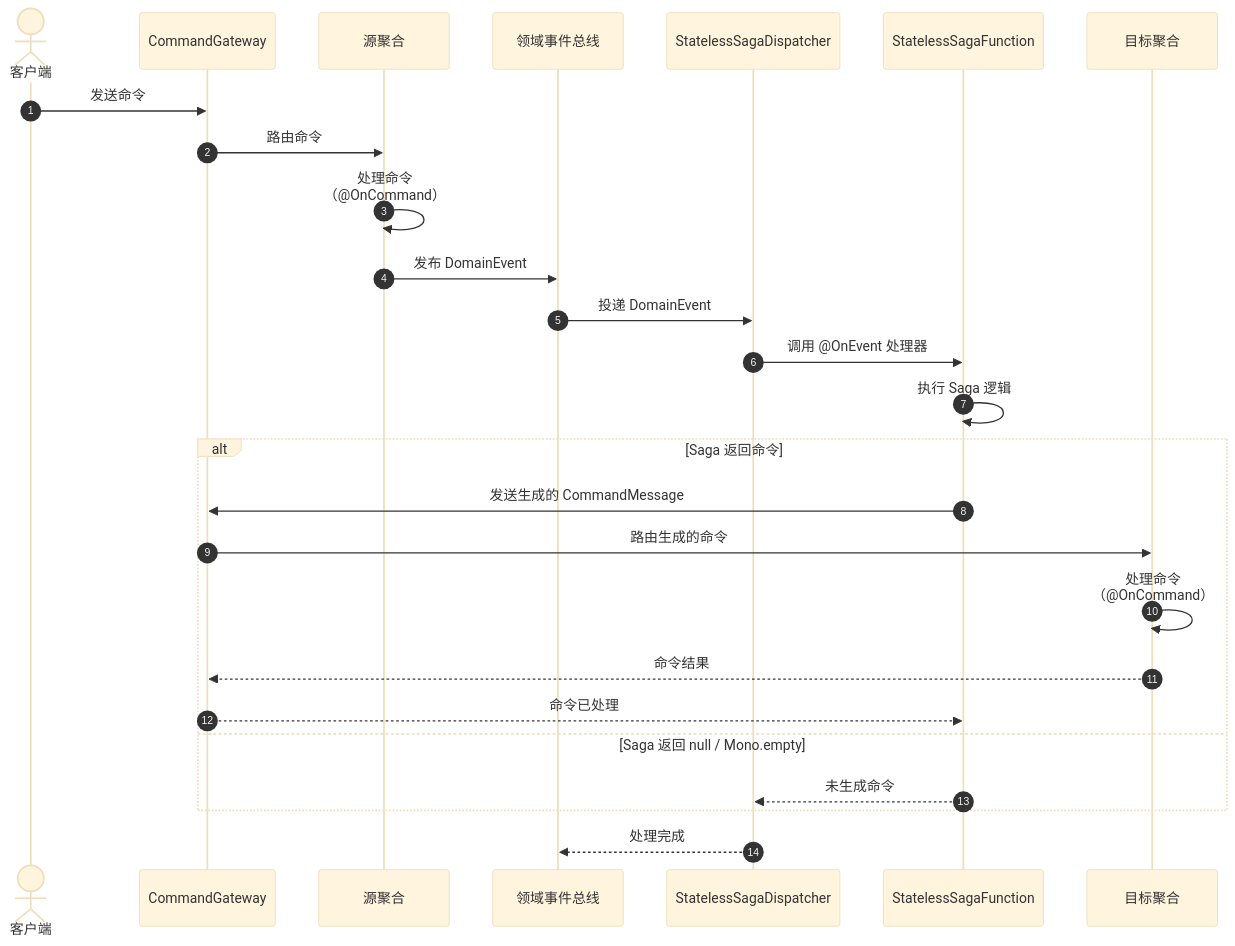
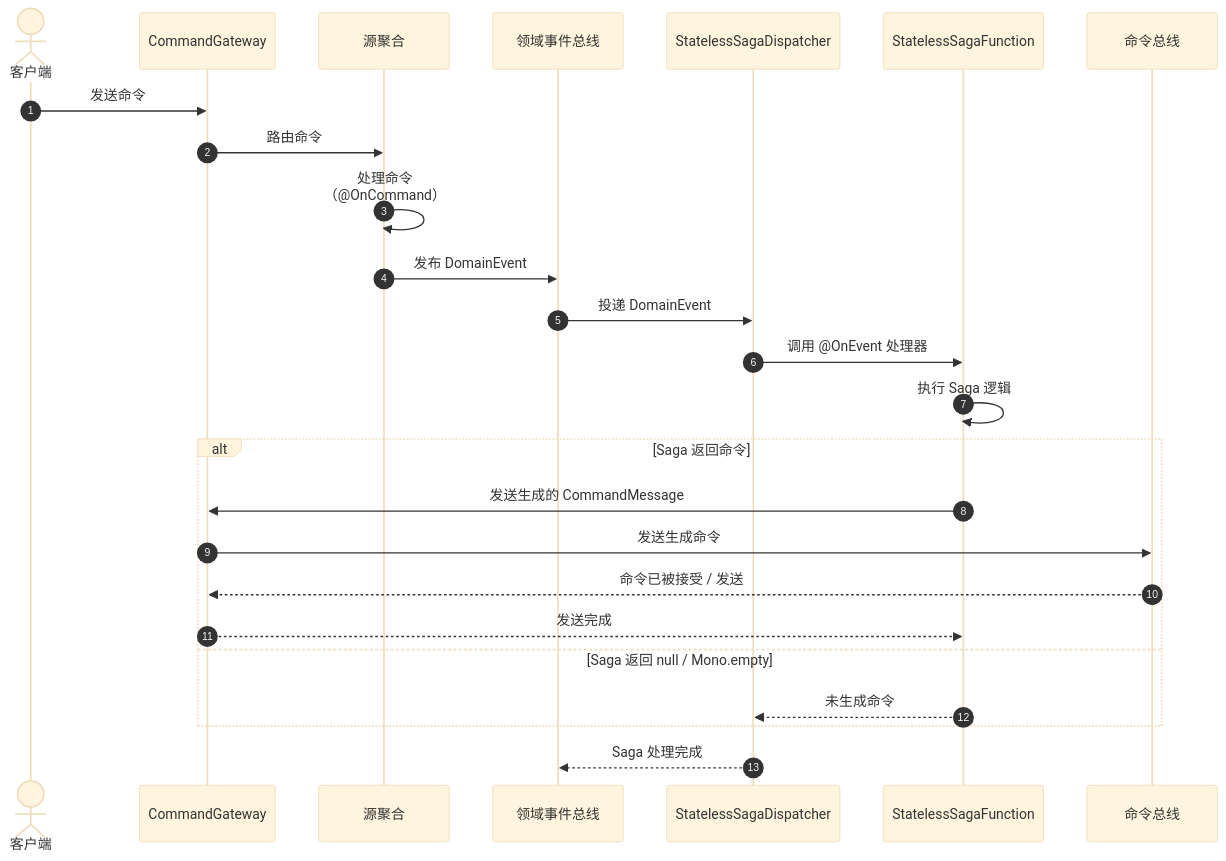
One commit to Ahoo-Wang/Wow changed the second of 4 diagrams in documentation/docs/zh/guide/saga.md. Above: the diagram before and after it, drawn with Mermaid (base theme). The commit also changed other lines of this file and 39 other files, not shown here.

````diff
--- a/documentation/docs/zh/guide/saga.md
+++ b/documentation/docs/zh/guide/saga.md
@@ -72,29 +72,28 @@
 ```mermaid
 sequenceDiagram
     autonumber
     actor Client as 客户端
     participant Gateway as CommandGateway
     participant Aggregate as 源聚合
     participant EventBus as 领域事件总线
     participant Dispatcher as StatelessSagaDispatcher
     participant SagaFn as StatelessSagaFunction
-    participant TargetAgg as 目标聚合
+    participant CommandBus as 命令总线
 
     Client->>Gateway: 发送命令
     Gateway->>Aggregate: 路由命令
     Aggregate->>Aggregate: 处理命令<br>（@OnCommand）
     Aggregate->>EventBus: 发布 DomainEvent
     EventBus->>Dispatcher: 投递 DomainEvent
     Dispatcher->>SagaFn: 调用 @OnEvent 处理器
     SagaFn->>SagaFn: 执行 Saga 逻辑
     alt Saga 返回命令
         SagaFn->>Gateway: 发送生成的 CommandMessage
-        Gateway->>TargetAgg: 路由生成的命令
-        TargetAgg->>TargetAgg: 处理命令<br>（@OnCommand）
-        TargetAgg-->>Gateway: 命令结果
-        Gateway-->>SagaFn: 命令已处理
+        Gateway->>CommandBus: 发送生成命令
+        CommandBus-->>Gateway: 命令已被接受 / 发送
+        Gateway-->>SagaFn: 发送完成
     else Saga 返回 null / Mono.empty
         SagaFn-->>Dispatcher: 未生成命令
     end
-    Dispatcher-->>EventBus: 处理完成
+    Dispatcher-->>EventBus: Saga 处理完成
 ```
````
